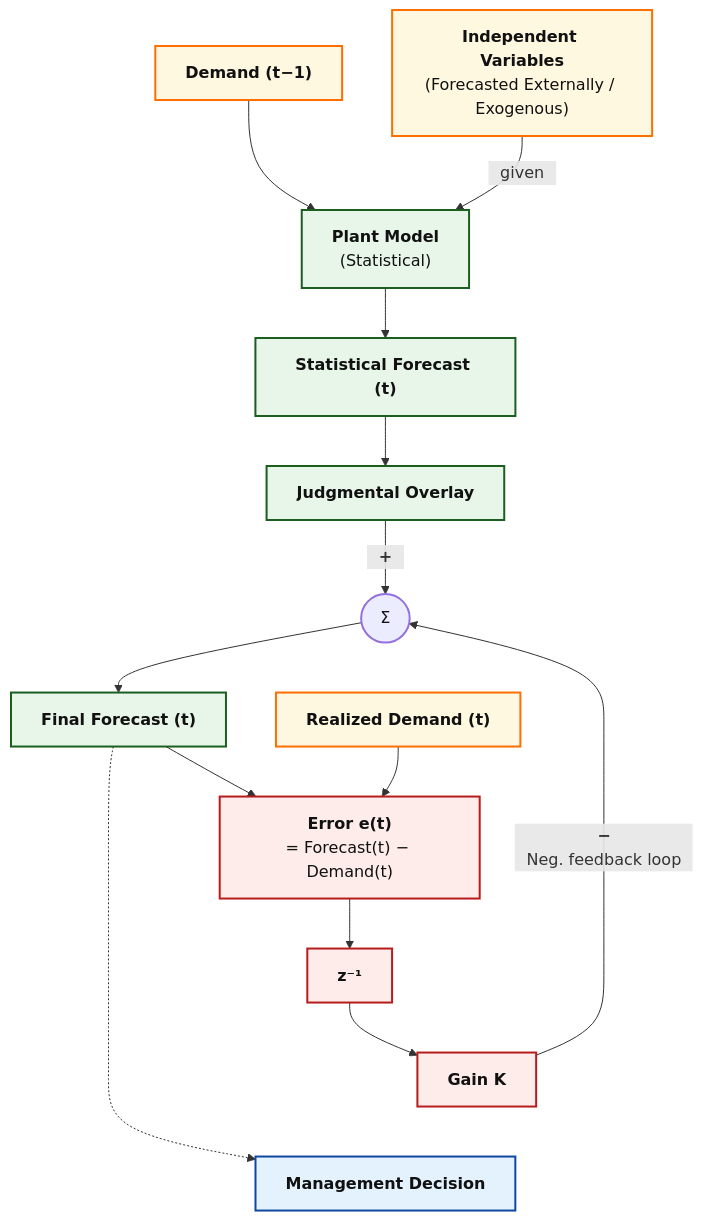
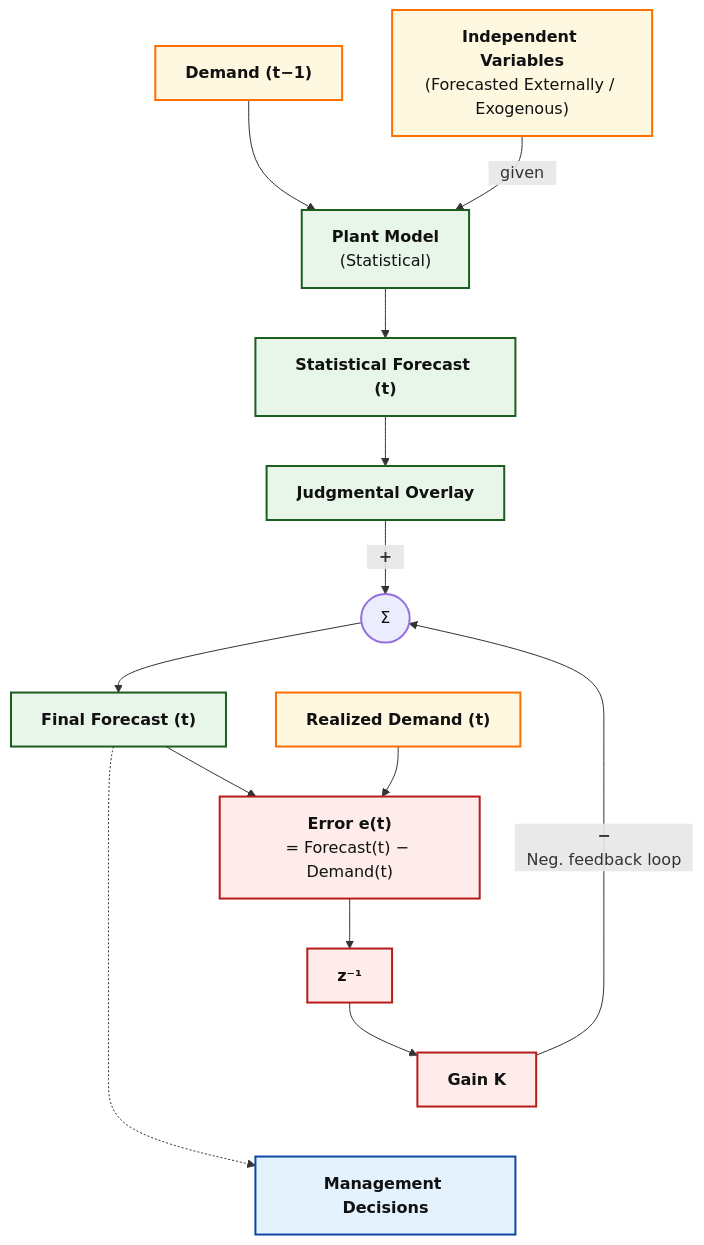
One commit to Tellusant/docs changed the diagram in articles-posts/ratiocination.md. Above: the diagram before and after it, drawn with Mermaid.

```diff
--- a/articles-posts/ratiocination.md
+++ b/articles-posts/ratiocination.md
@@ -29,61 +29,61 @@
 <div class="mermaid">
   
 flowchart TD
 
 %%{init: {'themeVariables': { 'fontFamily': 'Arial'}}}%%
 %% ===== Inputs =====
 D1["`**Demand (t−1)**`"]:::orange
 X["`**Independent Variables**<br/>(Forecasted Externally / Exogenous)`"]:::orange
 
 %% ===== Baseline model =====
 M["`**Plant Model**<br/>(Statistical)`"]:::green
 S["`**Statistical Forecast (t)**`"]:::green
 
 %% ===== Judgment and correction =====
 J["`**Judgmental Overlay**`"]:::green
 Sum((⠀Σ⠀)):::base
 K["`**Gain K**`"]:::red
 F["`**Final Forecast (t)**`"]:::green
 
 %% ===== Realized demand =====
 R["`**Realized Demand (t)**`"]:::orange
 
 %% ===== Error and delay =====
 E["`**Error e(t)**<br/>= Forecast(t) − Demand(t)`"]:::red
 Delay["`**z⁻¹**`"]:::red
 
-%% ===== Management decision =====
-MGT["`**Management Decision**`"]:::blue
+%% ===== Management =====
+MGT["`**Management Decisions**`"]:::blue
 
 %% ===== Forward path =====
 D1 --> M
 X -->|⠀given⠀| M
 M --> S
 S --> J
 J -->|"`⠀**+**⠀`"| Sum
 Sum --> F
 
 %% ===== Error computation =====
 F --> E
 R --> E
 
 %% ===== Feedback =====
 E --> Delay
 Delay --> K
 K -->|"`⠀**−**⠀<br/>⠀Neg. feedback loop⠀`"| Sum
 
 F -.-> MGT
 K --> MGT
 
 linkStyle 12 stroke:transparent,stroke-width:0;
 
 %% ========= STYLES =========
 classDef green   fill:#E8F5E9,stroke:#1B5E20,stroke-width:2px,color:#111;
 classDef blue    fill:#E3F2FD,stroke:#0D47A1,stroke-width:2px,color:#111;
 classDef orange  fill:#FFF8E1,stroke:#FF6F00,stroke-width:2px,color:#111;
 classDef red     fill:#FDECEA,stroke:#B71C1C,stroke-width:2px,color:#111;
 classDef grey    fill:#F5F5F5,stroke:#424242,stroke-width:2px,color:#111;
 classDef base    fill:#ECECFF,stroke:#9370DB,stroke-width:2px,color:#111;
 classDef clear fill:transparent,stroke:transparent;
 
 </div>
```
